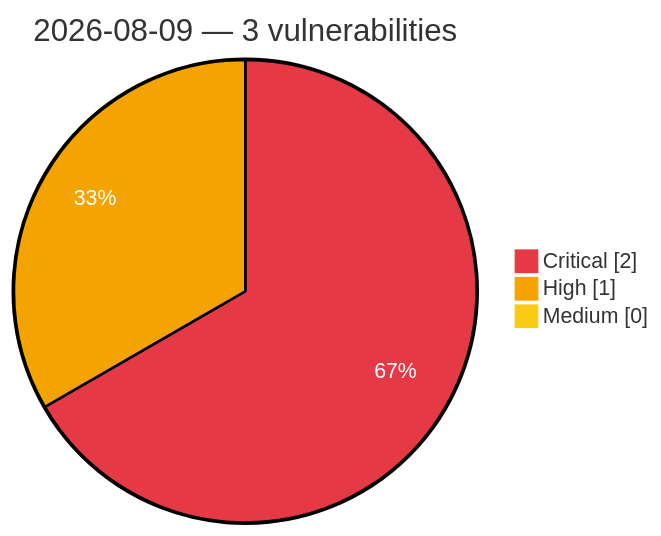
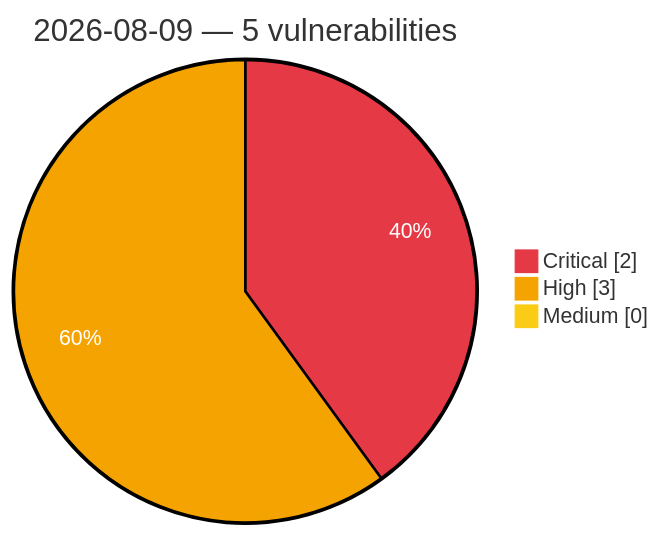
One commit to GhostX0X/vuln-tracker changed the diagram in vulnerabilities/2026/August/2026-08-09.md. Above: the diagram before and after it, drawn with Mermaid. The commit also changed other lines of this file and 5 other files, not shown here.

````diff
--- a/vulnerabilities/2026/August/2026-08-09.md
+++ b/vulnerabilities/2026/August/2026-08-09.md
@@ -3,8 +3,8 @@
 ```mermaid
 %%{init: {'theme':'base', 'themeVariables': {'pie1':'#e63946', 'pie2':'#f4a300', 'pie3':'#facc15', 'pieOpacity':'1', 'pieOuterStrokeWidth':'2px', 'pieSectionTextColor':'#ffffff'}}}%%
 pie showData
-    title 2026-08-09 — 3 vulnerabilities
+    title 2026-08-09 — 5 vulnerabilities
     "Critical" : 2
-    "High" : 1
+    "High" : 3
     "Medium" : 0
 ```
````
